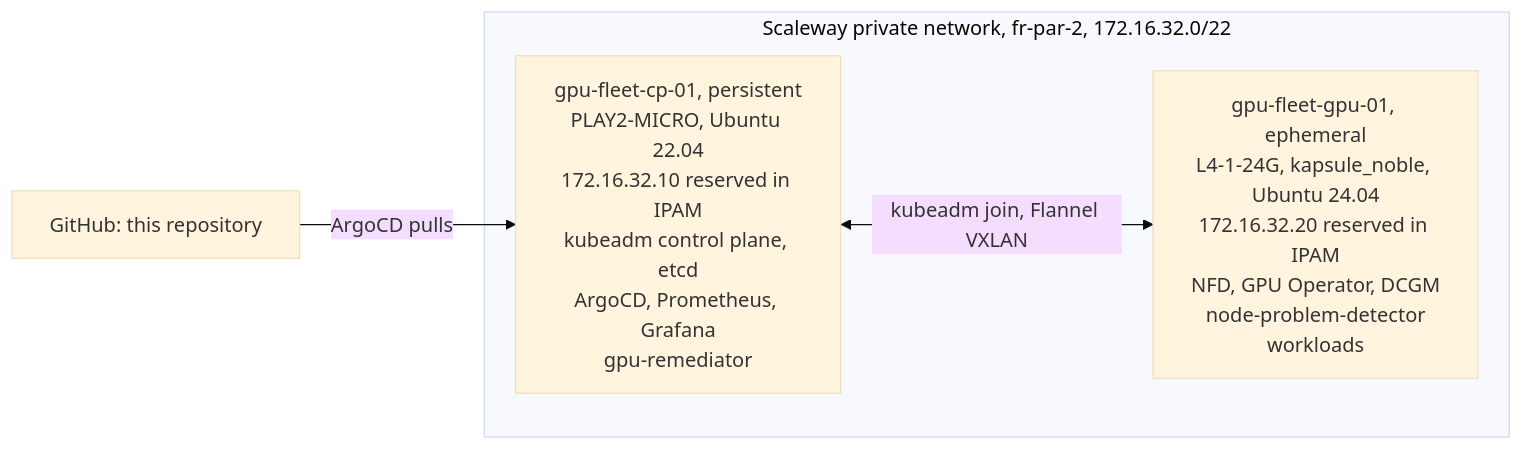
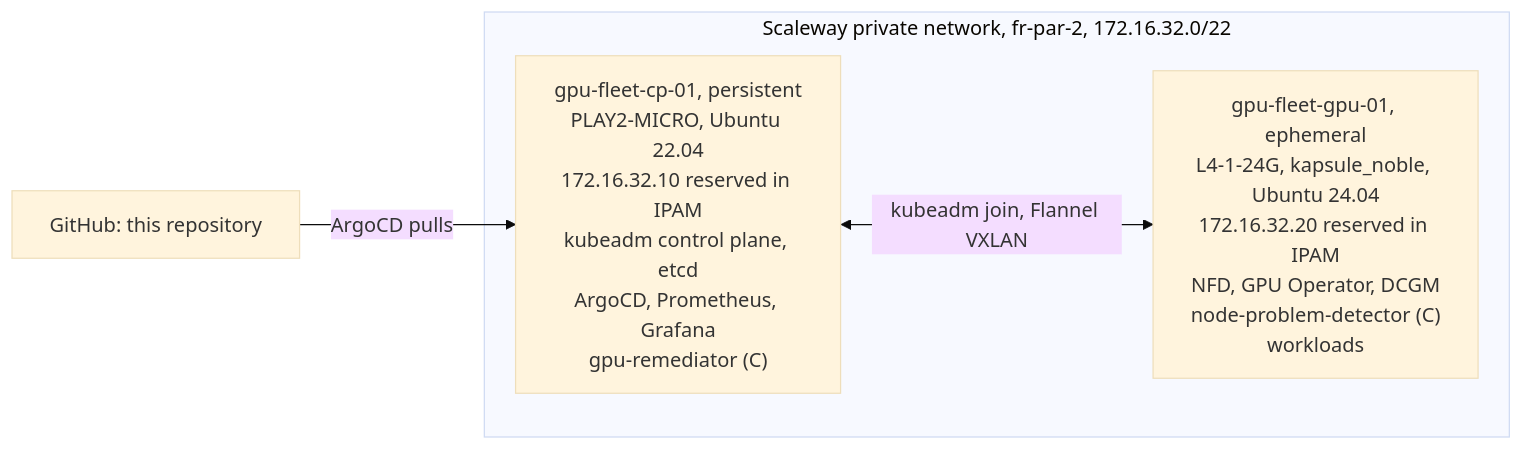
One commit to yassineteimi/nvidia-gpu-fleet-poc changed the diagram in docs/architecture.md. Above: the diagram before and after it, drawn with Mermaid (base theme). The commit also changed other lines of this file and 12 other files, not shown here.

````diff
--- a/docs/architecture.md
+++ b/docs/architecture.md
@@ -5,9 +6,9 @@
 ```mermaid
 flowchart LR
   subgraph PN["Scaleway private network, fr-par-2, 172.16.32.0/22"]
-    CP["gpu-fleet-cp-01, persistent<br/>PLAY2-MICRO, Ubuntu 22.04<br/>172.16.32.10 reserved in IPAM<br/>kubeadm control plane, etcd<br/>ArgoCD, Prometheus, Grafana<br/>gpu-remediator"]
-    GPU["gpu-fleet-gpu-01, ephemeral<br/>L4-1-24G, kapsule_noble, Ubuntu 24.04<br/>172.16.32.20 reserved in IPAM<br/>NFD, GPU Operator, DCGM<br/>node-problem-detector<br/>workloads"]
+    CP["gpu-fleet-cp-01, persistent<br/>PLAY2-MICRO, Ubuntu 22.04<br/>172.16.32.10 reserved in IPAM<br/>kubeadm control plane, etcd<br/>ArgoCD, Prometheus, Grafana<br/>gpu-remediator (C)"]
+    GPU["gpu-fleet-gpu-01, ephemeral<br/>L4-1-24G, kapsule_noble, Ubuntu 24.04<br/>172.16.32.20 reserved in IPAM<br/>NFD, GPU Operator, DCGM<br/>node-problem-detector (C)<br/>workloads"]
   end
   GIT["GitHub: this repository"] -->|"ArgoCD pulls"| CP
   CP <-->|"kubeadm join, Flannel VXLAN"| GPU
 ```
````
